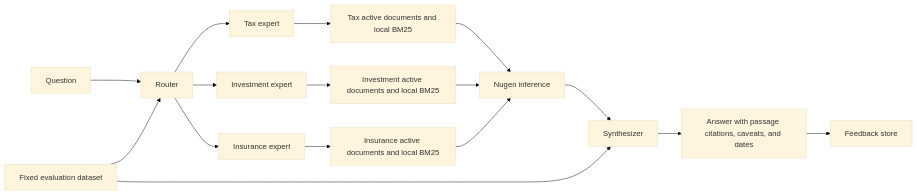
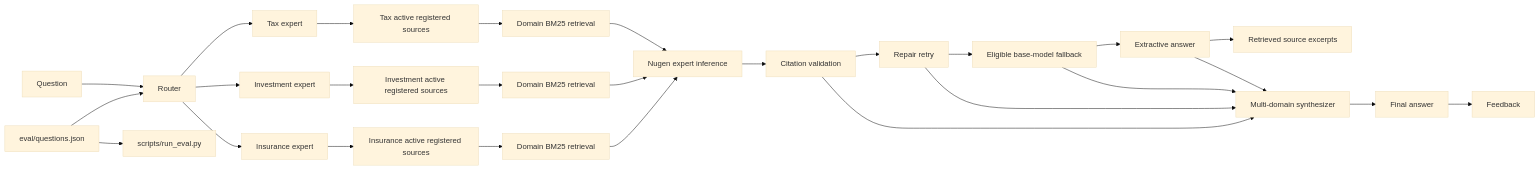
Before and after one commit to Rohithreddy64004/finpilot-ai: the diagram in README.md, drawn with Mermaid (base theme). The commit also changed other lines of this file, not shown here.

````diff
--- a/README.md
+++ b/README.md
@@ -7,18 +17,29 @@
 ```mermaid
 flowchart LR
     Q[Question] --> R[Router]
     R --> T[Tax expert]
     R --> I[Investment expert]
     R --> H[Insurance expert]
-    T --> TB[Tax active documents and local BM25]
-    I --> IB[Investment active documents and local BM25]
-    H --> HB[Insurance active documents and local BM25]
-    TB --> N[Nugen inference]
-    IB --> N
-    HB --> N
-    N --> S[Synthesizer]
-    S --> A[Answer with passage citations, caveats, and dates]
-    A --> F[Feedback store]
-    E[Fixed evaluation dataset] --> R
-    E --> S
+    T --> TB[Tax active registered sources]
+    I --> IB[Investment active registered sources]
+    H --> HB[Insurance active registered sources]
+    TB --> BM1[Domain BM25 retrieval]
+    IB --> BM2[Domain BM25 retrieval]
+    HB --> BM3[Domain BM25 retrieval]
+    BM1 --> NG[Nugen expert inference]
+    BM2 --> NG
+    BM3 --> NG
+    NG --> V[Citation validation]
+    V --> RR[Repair retry]
+    RR --> BF[Eligible base-model fallback]
+    BF --> EX[Extractive answer]
+    EX --> SE[Retrieved source excerpts]
+    V --> SYN[Multi-domain synthesizer]
+    RR --> SYN
+    BF --> SYN
+    EX --> SYN
+    SYN --> A[Final answer]
+    A --> F[Feedback]
+    E[eval/questions.json] --> R
+    E --> EV[scripts/run_eval.py]
 ```
````
